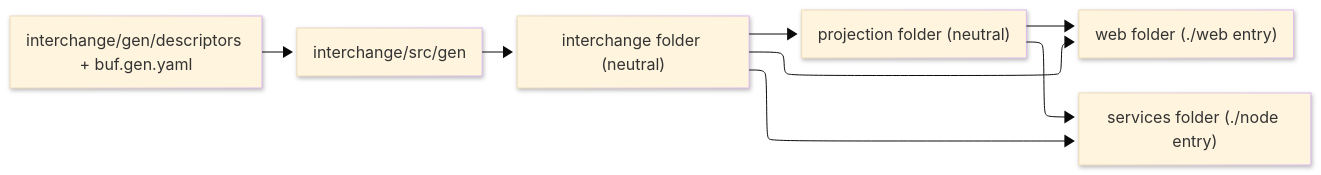
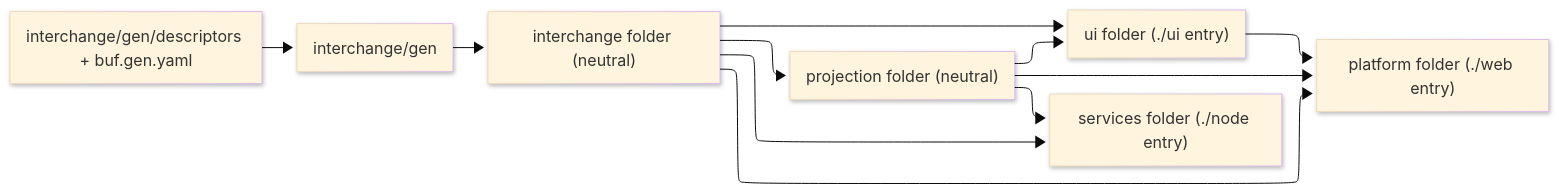
One commit to bsamiee/Rasm changed the diagram in libs/typescript/.planning/architecture-tree.md. Above: the diagram before and after it, drawn with Mermaid. The commit also changed other lines of this file and 54 other files, not shown here.

````diff
--- a/libs/typescript/.planning/architecture-tree.md
+++ b/libs/typescript/.planning/architecture-tree.md
@@ -97,18 +102,21 @@
 ```mermaid
 ---
 config:
   layout: elk
   look: neo
   theme: base
 ---
 flowchart LR
-    accTitle: TypeScript four-domain dependency direction
-    accDescr: The descriptor pipeline feeds interchange; interchange feeds projection; interchange and projection feed web on the browser side and services on the node side; the bundle fence is the folder-scoped no-restricted-imports stratum set and the projection connect-web ban inside the one package.
-    Desc["interchange/gen/descriptors + buf.gen.yaml"] --> Gen["interchange/src/gen"]
+    accTitle: TypeScript five-domain dependency direction
+    accDescr: The descriptor pipeline feeds interchange; interchange feeds projection; interchange and projection feed both browser folders (ui and platform) and the node folder services; platform composes ui; the bundle fence is the folder-scoped no-restricted-imports stratum set, the projection connect-web ban, and the ui-no-platform intra-browser guard inside the one package.
+    Desc["interchange/gen/descriptors + buf.gen.yaml"] --> Gen["interchange/gen"]
     Gen --> Inter["interchange folder (neutral)"]
     Inter --> Proj["projection folder (neutral)"]
-    Inter --> Web["web folder (./web entry)"]
-    Proj --> Web
+    Inter --> Ui["ui folder (./ui entry)"]
+    Proj --> Ui
+    Inter --> Plat["platform folder (./web entry)"]
+    Proj --> Plat
+    Ui --> Plat
     Inter --> Svc["services folder (./node entry)"]
     Proj --> Svc
 ```
````
